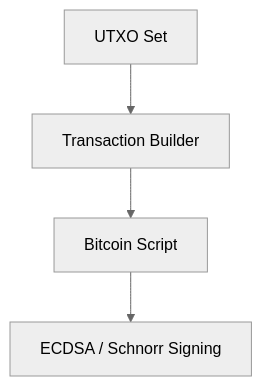
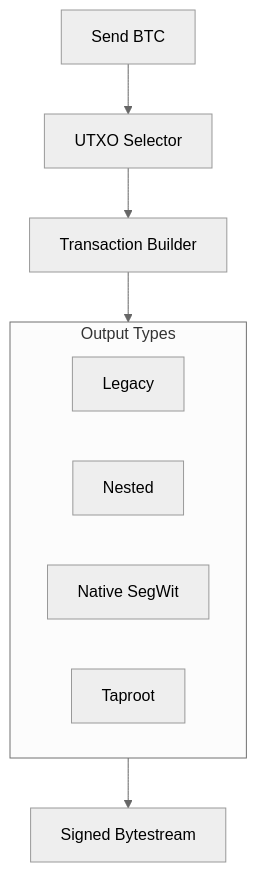
One commit to ImL1s/dart_web3 changed the diagram in dart_web3/packages/extensions/bitcoin/README.md. Above: the diagram before and after it, drawn with Mermaid (neutral theme). The commit also changed other lines of this file and 31 other files, not shown here.

````diff
--- a/dart_web3/packages/extensions/bitcoin/README.md
+++ b/dart_web3/packages/extensions/bitcoin/README.md
@@ -14,6 +17,15 @@
 ```mermaid
 graph TD
-    UTXO[UTXO Set] --> TxBuilder[Transaction Builder]
-    TxBuilder --> Script[Bitcoin Script]
-    Script --> Signer[ECDSA / Schnorr Signing]
+    User[Send BTC] --> CoinSelect[UTXO Selector]
+    CoinSelect --> TxBuilder[Transaction Builder]
+    
+    subgraph Scripting [Output Types]
+        P2PKH[Legacy]
+        P2SH[Nested]
+        P2WPKH[Native SegWit]
+        P2TR[Taproot]
+    end
+    
+    TxBuilder --> Scripting
+    Scripting --> FinalTx[Signed Bytestream]
 ```
````
